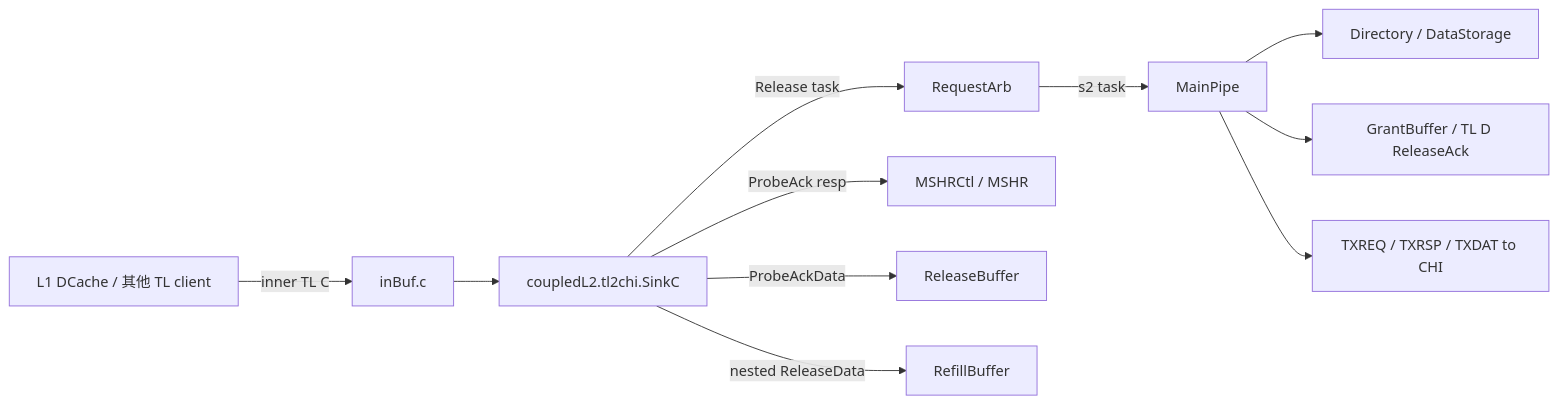
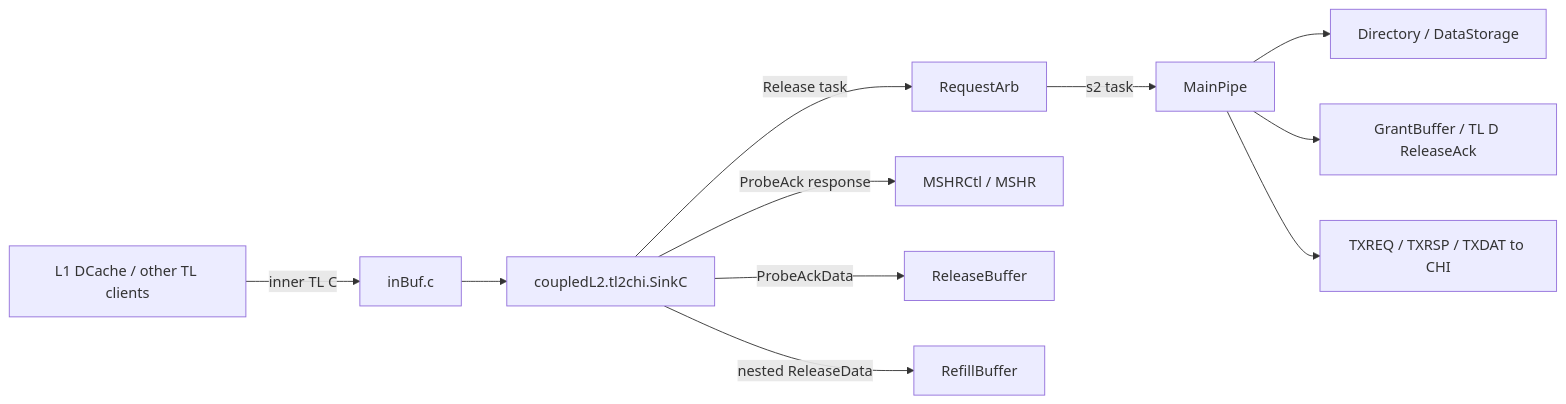
One commit to OpenXiangShan/XiangShanLab changed the first of 3 diagrams in xiangshan-course/docs-en/4-xiangshan-microarchitecture-analysis/3-xiangshan-source-code-analysis/cache/Cache-SinkC.md. Above: the diagram before and after it, drawn with Mermaid. The commit also changed other lines of this file and 176 other files, not shown here.

```diff
--- a/xiangshan-course/docs-en/4-xiangshan-microarchitecture-analysis/3-xiangshan-source-code-analysis/cache/Cache-SinkC.md
+++ b/xiangshan-course/docs-en/4-xiangshan-microarchitecture-analysis/3-xiangshan-source-code-analysis/cache/Cache-SinkC.md
@@ -31,14 +67,14 @@
 ~~~mermaid
 flowchart LR
-  L1["L1 DCache / 其他 TL client"]
+  L1["L1 DCache / other TL clients"]
   L1 -->|"inner TL C"| IC["inBuf.c"]
   IC --> SC["coupledL2.tl2chi.SinkC"]
   SC -->|"Release task"| RA["RequestArb"]
   RA -->|"s2 task"| MP["MainPipe"]
   MP --> DIR["Directory / DataStorage"]
   MP --> GB["GrantBuffer / TL D ReleaseAck"]
-  SC -->|"ProbeAck resp"| MC["MSHRCtl / MSHR"]
+  SC -->|"ProbeAck response"| MC["MSHRCtl / MSHR"]
   SC -->|"ProbeAckData"| RB["ReleaseBuffer"]
   SC -->|"nested ReleaseData"| RFB["RefillBuffer"]
   MP --> CHI["TXREQ / TXRSP / TXDAT to CHI"]
 ~~~
```
